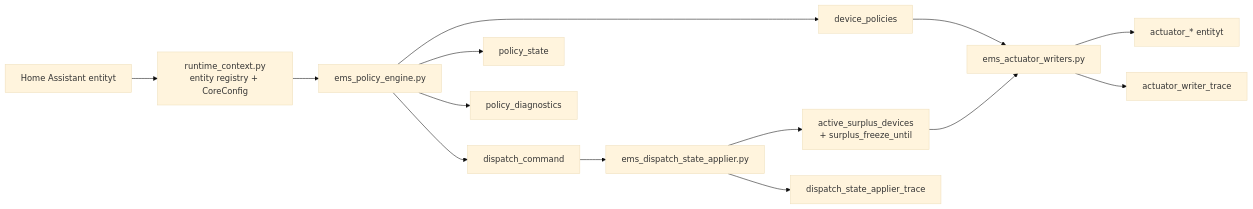
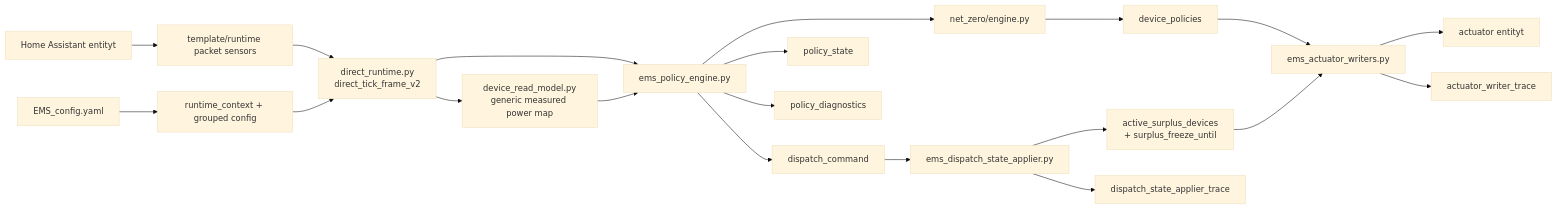
The first of 2 diagrams in docs/dev/arkkitehtuuri.md (dbwarrior1975/ha_EMS), drawn with Mermaid (base theme) before and after one commit. The commit also changed other lines of this file and 46 other files, not shown here.

````diff
--- a/docs/dev/arkkitehtuuri.md
+++ b/docs/dev/arkkitehtuuri.md
@@ -38,16 +51,25 @@
 ```mermaid
 flowchart LR
-    HA[Home Assistant entityt] --> RC[runtime_context.py\nentity registry + CoreConfig]
-    RC --> P[ems_policy_engine.py]
-    P --> DP[device_policies]
+    HA[Home Assistant entityt] --> T[template/runtime packet sensors]
+    CFG[EMS_config.yaml] --> RC[runtime_context + grouped config]
+    T --> DR[direct_runtime.py
+direct_tick_frame_v2]
+    RC --> DR
+    DR --> RM[device_read_model.py
+generic measured power map]
+    DR --> P[ems_policy_engine.py]
+    RM --> P
+    P --> NZ[net_zero/engine.py]
+    NZ --> DP[device_policies]
     P --> DC[dispatch_command]
     P --> PS[policy_state]
     P --> PD[policy_diagnostics]
     DC --> D[ems_dispatch_state_applier.py]
-    D --> ACTIVE[active_surplus_devices\n+ surplus_freeze_until]
+    D --> ACTIVE[active_surplus_devices
++ surplus_freeze_until]
     D --> DTRACE[dispatch_state_applier_trace]
     DP --> W[ems_actuator_writers.py]
     ACTIVE --> W
-    W --> ACT[actuator_* entityt]
+    W --> ACT[actuator entityt]
     W --> WTRACE[actuator_writer_trace]
 ```
````
